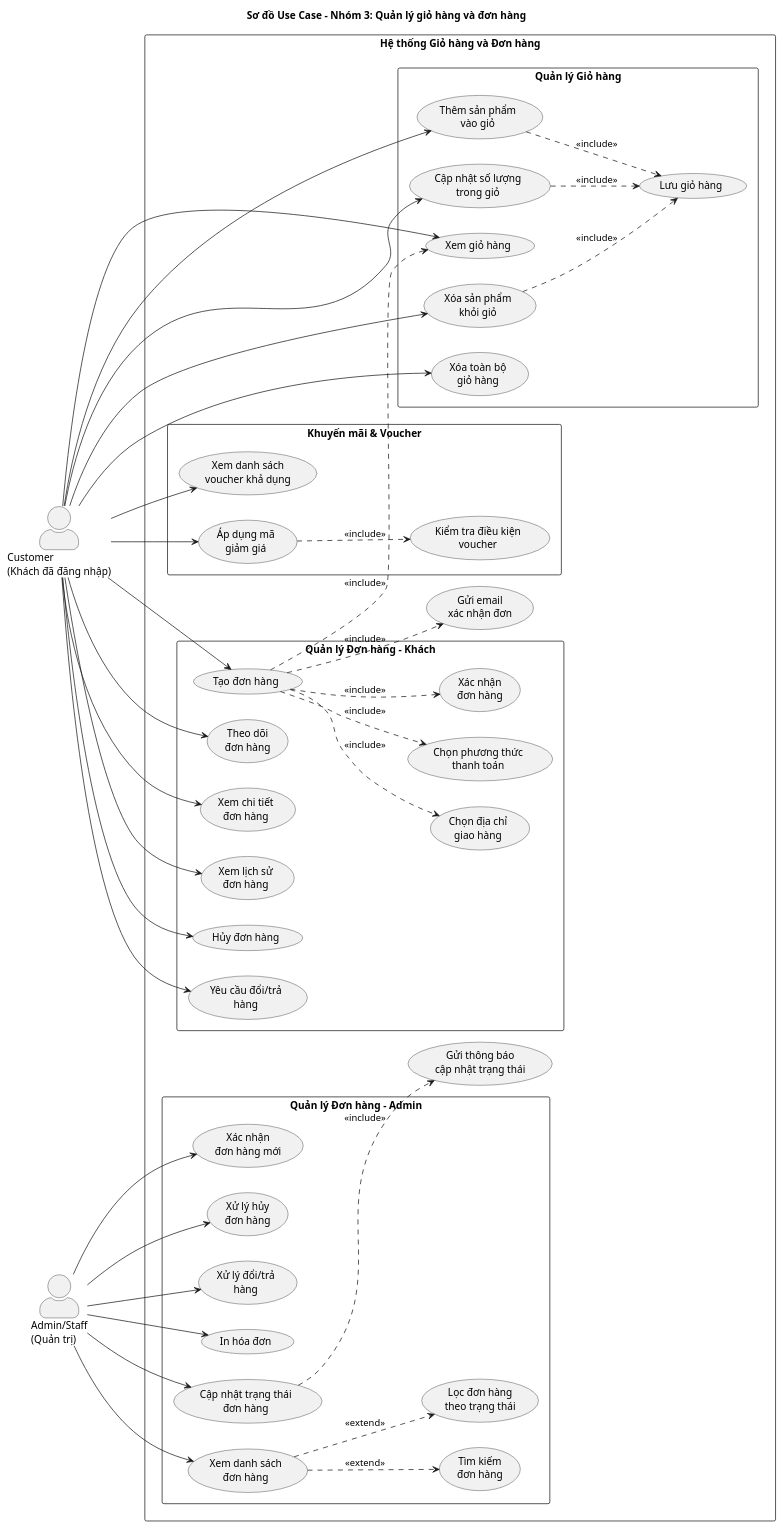
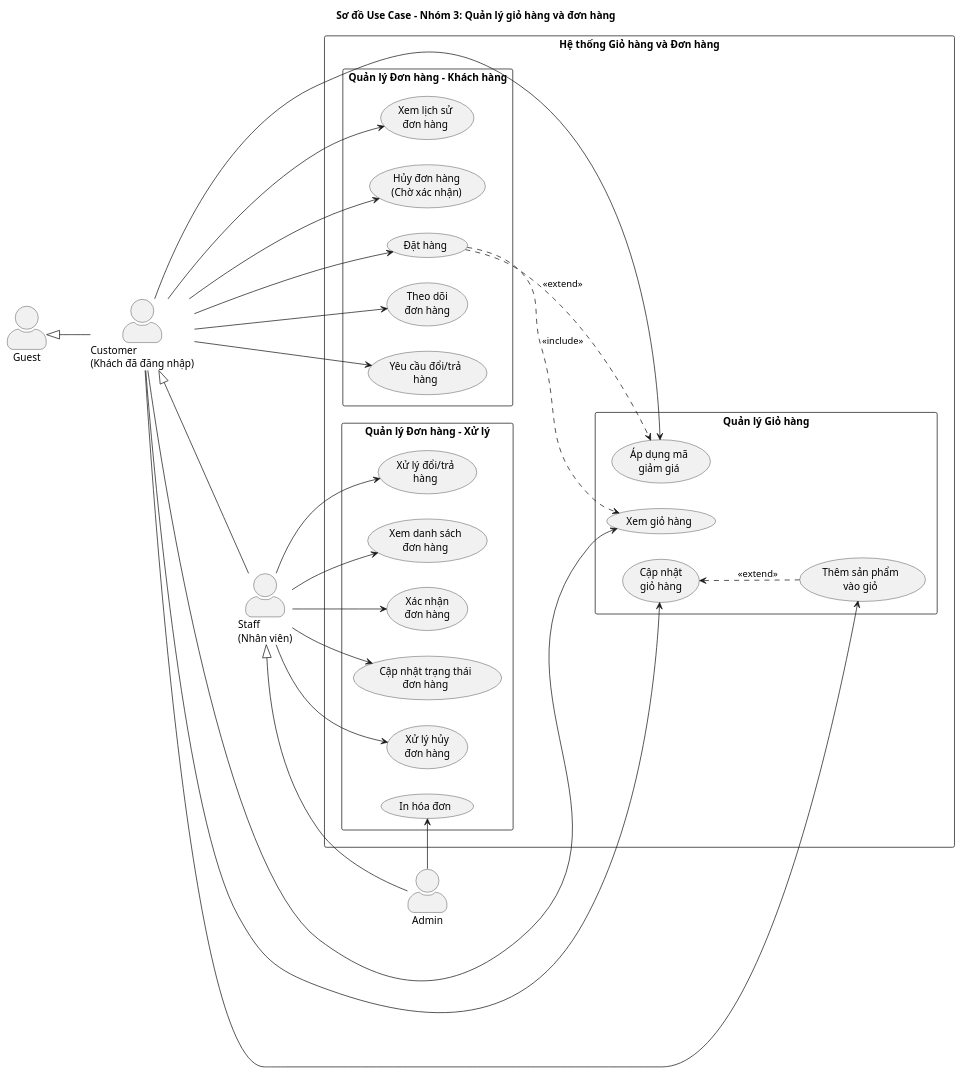
One commit to sangtm2612/DATN-BaoCao changed the diagram in usecases/03_GioHang_DonHang.puml. Above: the diagram before and after it, drawn with PlantUML. The commit also changed 8 other files, not shown here.

```diff
--- a/usecases/03_GioHang_DonHang.puml
+++ b/usecases/03_GioHang_DonHang.puml
@@ -1,105 +1,75 @@
 @startuml 03_GioHang_DonHang
 skinparam actorStyle awesome
 skinparam packageStyle rectangle
 
 title Sơ đồ Use Case - Nhóm 3: Quản lý giỏ hàng và đơn hàng
 
 left to right direction
 
+actor "Guest" as guest
 actor "Customer\n(Khách đã đăng nhập)" as customer
-actor "Admin/Staff\n(Quản trị)" as admin
+actor "Staff\n(Nhân viên)" as staff
+actor "Admin" as admin
+
+' Quan hệ kế thừa
+guest <|-- customer
+customer <|-- staff
+staff <|-- admin
 
 package "Hệ thống Giỏ hàng và Đơn hàng" {
     
     ' Cart Management
     package "Quản lý Giỏ hàng" {
         usecase "Xem giỏ hàng" as UC301
         usecase "Thêm sản phẩm\nvào giỏ" as UC302
-        usecase "Cập nhật số lượng\ntrong giỏ" as UC303
-        usecase "Xóa sản phẩm\nkhỏi giỏ" as UC304
-        usecase "Xóa toàn bộ\ngiỏ hàng" as UC305
-        usecase "Lưu giỏ hàng" as UC306
-    }
-    
-    ' Voucher & Promotion
-    package "Khuyến mãi & Voucher" {
-        usecase "Áp dụng mã\ngiảm giá" as UC307
-        usecase "Xem danh sách\nvoucher khả dụng" as UC308
-        usecase "Kiểm tra điều kiện\nvoucher" as UC309
+        usecase "Cập nhật\ngiỏ hàng" as UC303
+        usecase "Áp dụng mã\ngiảm giá" as UC304
     }
     
     ' Order Management - Customer
-    package "Quản lý Đơn hàng - Khách" {
-        usecase "Tạo đơn hàng" as UC310
-        usecase "Chọn địa chỉ\ngiao hàng" as UC311
-        usecase "Chọn phương thức\nthanh toán" as UC312
-        usecase "Xác nhận\nđơn hàng" as UC313
-        usecase "Theo dõi\nđơn hàng" as UC314
-        usecase "Xem chi tiết\nđơn hàng" as UC315
-        usecase "Xem lịch sử\nđơn hàng" as UC316
-        usecase "Hủy đơn hàng" as UC317
-        usecase "Yêu cầu đổi/trả\nhàng" as UC318
+    package "Quản lý Đơn hàng - Khách hàng" {
+        usecase "Đặt hàng" as UC310
+        usecase "Theo dõi\nđơn hàng" as UC311
+        usecase "Xem lịch sử\nđơn hàng" as UC312
+        usecase "Hủy đơn hàng\n(Chờ xác nhận)" as UC313
+        usecase "Yêu cầu đổi/trả\nhàng" as UC314
     }
     
-    ' Order Management - Admin
-    package "Quản lý Đơn hàng - Admin" {
-        usecase "Xem danh sách\nđơn hàng" as UC319
-        usecase "Tìm kiếm\nđơn hàng" as UC320
-        usecase "Lọc đơn hàng\ntheo trạng thái" as UC321
+    ' Order Management - Staff/Admin
+    package "Quản lý Đơn hàng - Xử lý" {
+        usecase "Xem danh sách\nđơn hàng" as UC320
+        usecase "Xác nhận\nđơn hàng" as UC321
         usecase "Cập nhật trạng thái\nđơn hàng" as UC322
-        usecase "Xác nhận\nđơn hàng mới" as UC323
-        usecase "Xử lý hủy\nđơn hàng" as UC324
-        usecase "Xử lý đổi/trả\nhàng" as UC325
-        usecase "In hóa đơn" as UC326
+        usecase "Xử lý hủy\nđơn hàng" as UC323
+        usecase "Xử lý đổi/trả\nhàng" as UC324
+        usecase "In hóa đơn" as UC325
     }
-    
-    ' Email notifications
-    usecase "Gửi email\nxác nhận đơn" as UC327
-    usecase "Gửi thông báo\ncập nhật trạng thái" as UC328
 }
 
-' Customer - Cart relationships
+' Customer relationships
 customer --> UC301
 customer --> UC302
 customer --> UC303
 customer --> UC304
-customer --> UC305
+customer --> UC310
+customer --> UC311
+customer --> UC312
+customer --> UC313
+customer --> UC314
 
-' Customer - Voucher relationships
-customer --> UC307
-customer --> UC308
+' Staff relationships - xử lý đơn hàng
+staff --> UC320
+staff --> UC321
+staff --> UC322
+staff --> UC323
+staff --> UC324
 
-' Customer - Order relationships
-customer --> UC310
-customer --> UC314
-customer --> UC315
-customer --> UC316
-customer --> UC317
-customer --> UC318
-
-' Admin relationships
-admin --> UC319
-admin --> UC322
-admin --> UC323
-admin --> UC324
+' Admin relationships - kế thừa Staff + thêm in hóa đơn
 admin --> UC325
-admin --> UC326
 
 ' Include & Extend relationships
-UC302 ..> UC306 : <<include>>
-UC303 ..> UC306 : <<include>>
-UC304 ..> UC306 : <<include>>
+UC303 <.. UC302 : <<extend>>
+UC310 ..> UC301 : <<include>>
+UC310 ..> UC304 : <<extend>>
 
-UC307 ..> UC309 : <<include>>
-
-UC310 ..> UC301 : <<include>>
-UC310 ..> UC311 : <<include>>
-UC310 ..> UC312 : <<include>>
-UC310 ..> UC313 : <<include>>
-UC310 ..> UC327 : <<include>>
-
-UC322 ..> UC328 : <<include>>
-
-UC319 ..> UC320 : <<extend>>
-UC319 ..> UC321 : <<extend>>
 @enduml
```
